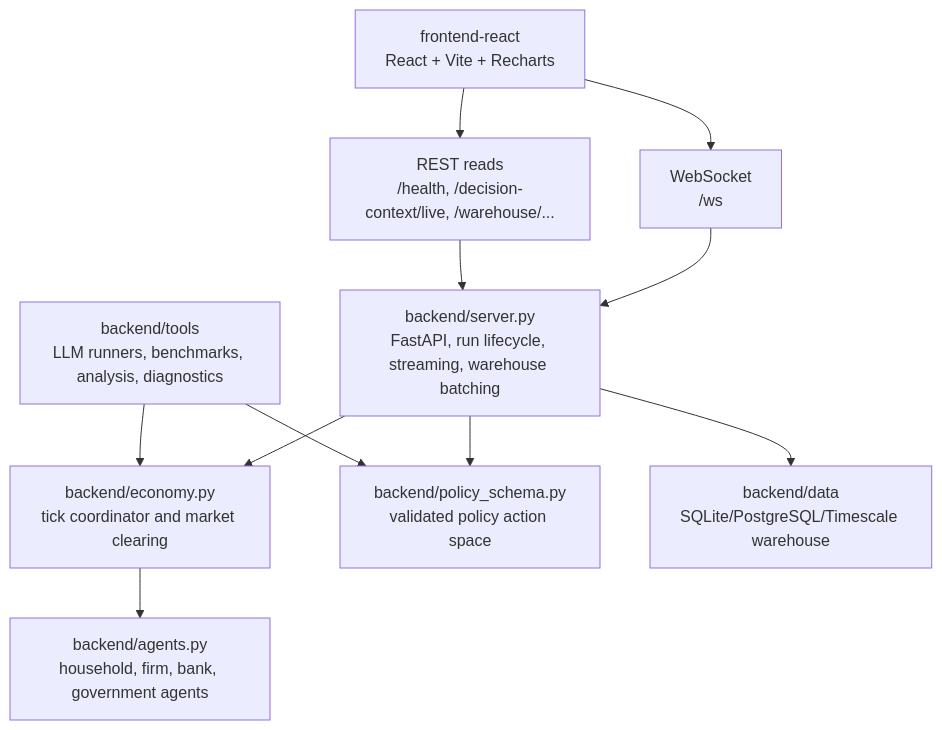
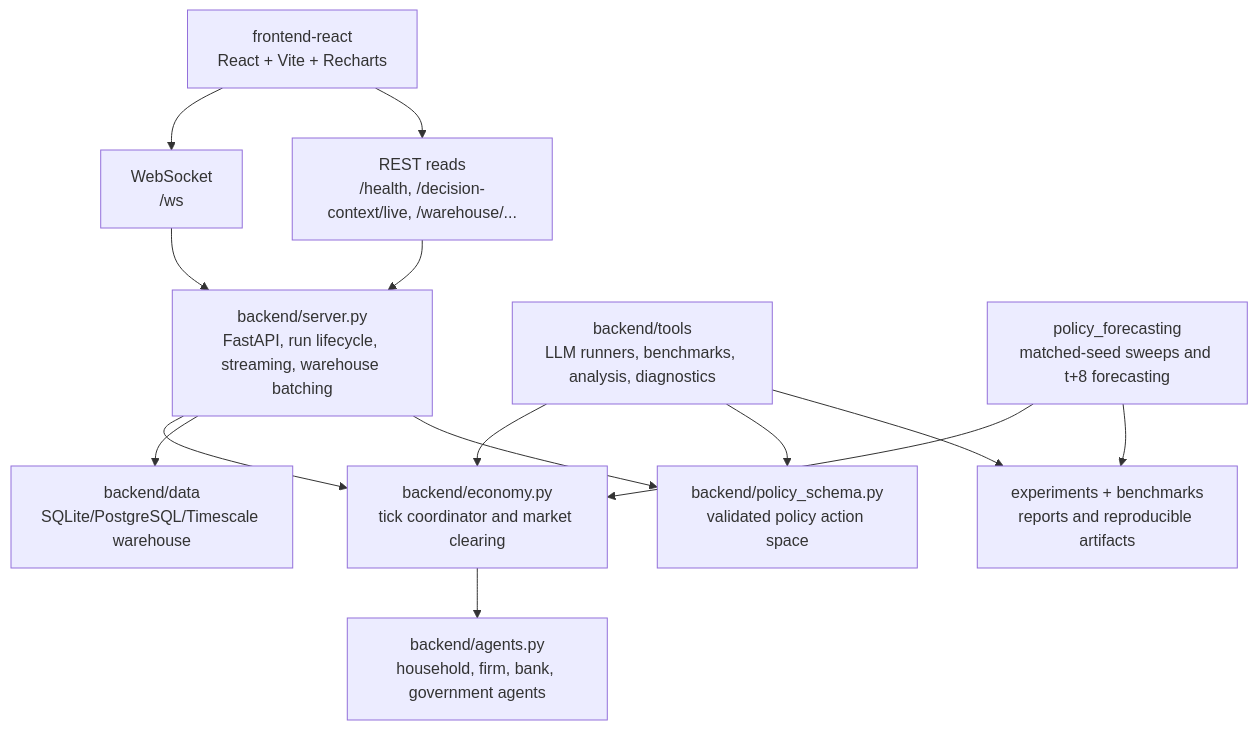
Before and after one commit to AymanCode/EcoSim: the diagram in README.md, drawn with Mermaid. The commit also changed other lines of this file and 9 other files, not shown here.

````diff
--- a/README.md
+++ b/README.md
@@ -217,19 +225,24 @@
 ```mermaid
 flowchart TD
   frontend["frontend-react<br/>React + Vite + Recharts"]
   websocket["WebSocket<br/>/ws"]
   rest["REST reads<br/>/health, /decision-context/live, /warehouse/..."]
   server["backend/server.py<br/>FastAPI, run lifecycle, streaming, warehouse batching"]
   economy["backend/economy.py<br/>tick coordinator and market clearing"]
   agents["backend/agents.py<br/>household, firm, bank, government agents"]
   policy["backend/policy_schema.py<br/>validated policy action space"]
   warehouse["backend/data<br/>SQLite/PostgreSQL/Timescale warehouse"]
   tools["backend/tools<br/>LLM runners, benchmarks, analysis, diagnostics"]
+  forecasting["policy_forecasting<br/>matched-seed sweeps and t+8 forecasting"]
+  artifacts["experiments + benchmarks<br/>reports and reproducible artifacts"]
 
   frontend --> websocket --> server --> economy --> agents
   frontend --> rest --> server
   server --> warehouse
   server --> policy
   tools --> economy
   tools --> policy
+  tools --> artifacts
+  forecasting --> economy
+  forecasting --> artifacts
 ```
````
